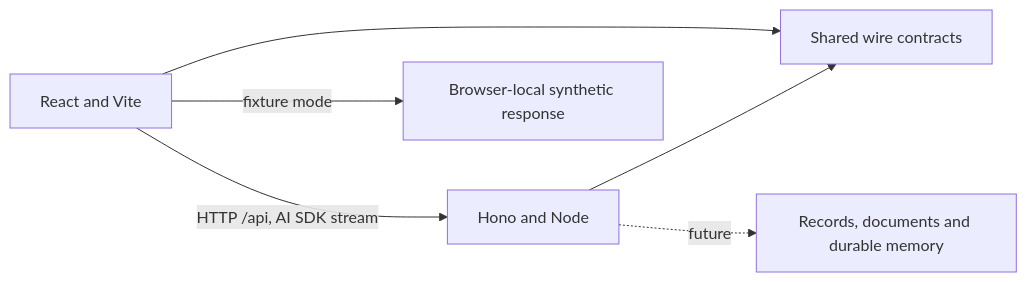
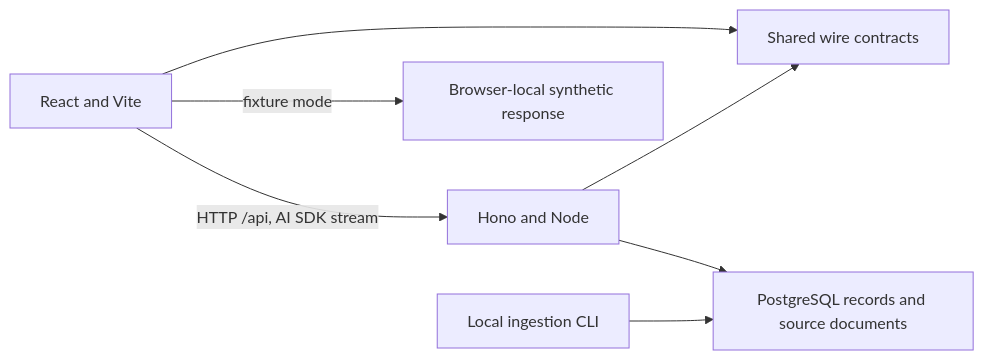
The diagram in docs/architecture.md (adwait-kr-flytbase/asset-intelligence-copilot), drawn with Mermaid before and after one commit. The commit also changed other lines of this file and 52 other files, not shown here.

Commit message:
feat: add PostgreSQL persistence with Drizzle

````diff
--- a/docs/architecture.md
+++ b/docs/architecture.md
@@ -26,8 +27,9 @@
 ```mermaid
 flowchart LR
   Web[React and Vite] -->|HTTP /api, AI SDK stream| API[Hono and Node]
   Web --> Contracts[Shared wire contracts]
   API --> Contracts
   Web -->|fixture mode| Fixtures[Browser-local synthetic response]
-  API -. future .-> Data[Records, documents and durable memory]
+  API --> Data[PostgreSQL records and source documents]
+  Ingestion[Local ingestion CLI] --> Data
 ```
````
